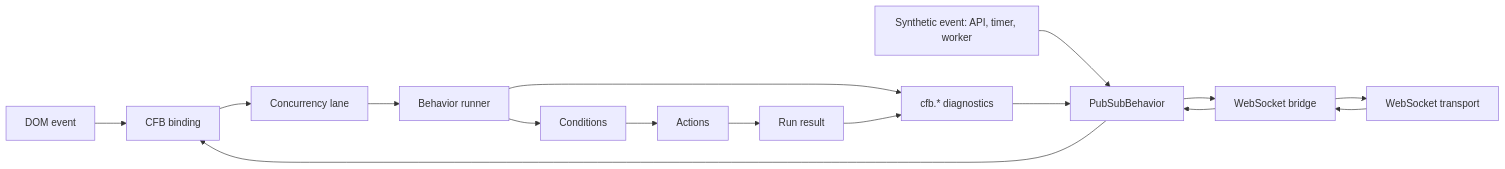
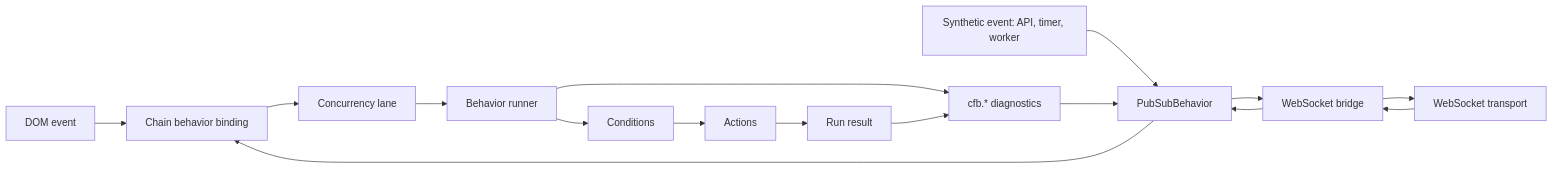
One commit to khalilov/chain-functions-behavior changed the diagram in README.md. Above: the diagram before and after it, drawn with Mermaid. The commit also changed other lines of this file, not shown here.

````diff
--- a/README.md
+++ b/README.md
@@ -17,20 +21,20 @@
 ```mermaid
 flowchart LR
-  DOM["DOM event"] --> CFB["CFB binding"]
+  DOM["DOM event"] --> CFB["Chain behavior binding"]
   SYNTHETIC["Synthetic event: API, timer, worker"] --> BUS["PubSubBehavior"]
   TRANSPORT["WebSocket transport"] --> WS["WebSocket bridge"]
   WS --> BUS
   BUS --> WS
   WS --> TRANSPORT
   BUS --> CFB
 
   CFB --> CONCURRENCY["Concurrency lane"]
   CONCURRENCY --> RUNNER["Behavior runner"]
   RUNNER --> CONDITIONS["Conditions"]
   CONDITIONS --> ACTIONS["Actions"]
   ACTIONS --> RESULT["Run result"]
 
   RUNNER --> DIAGNOSTICS["cfb.* diagnostics"]
   DIAGNOSTICS --> BUS
   RESULT --> DIAGNOSTICS
 ```
````
